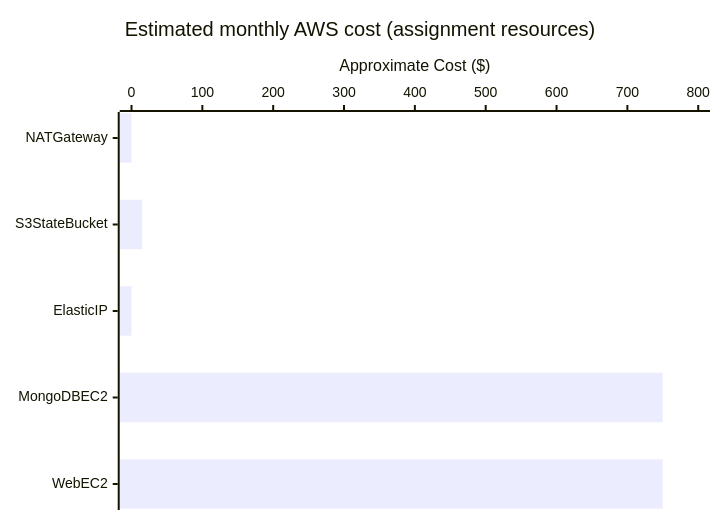
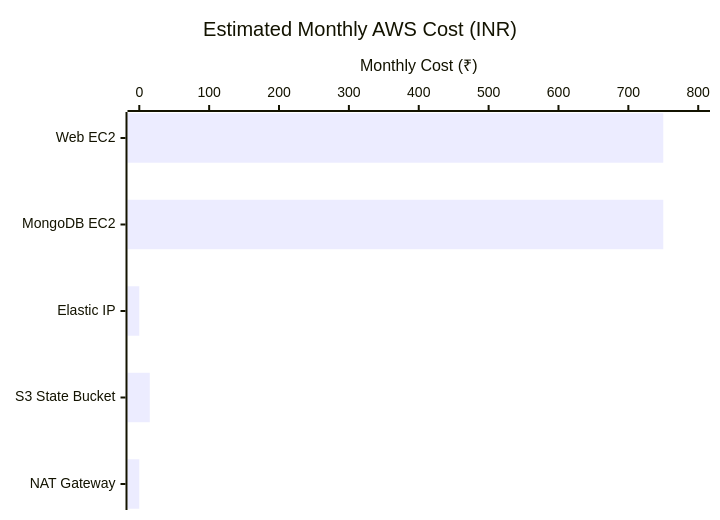
One commit to rchirutkar/mern-terraform-ansible changed the diagram in documents/Checklist.md. Above: the diagram before and after it, drawn with Mermaid. The commit also changed 2 other files, not shown here.

Commit message:
Updated with Architecture Diagram in readme

````diff
--- a/documents/Checklist.md
+++ b/documents/Checklist.md
@@ -221,7 +231,7 @@
 ```mermaid
 xychart-beta horizontal
-    title "Estimated monthly AWS cost (assignment resources)"
-    x-axis [NAT Gateway, S3 State Bucket, Elastic IP, MongoDB EC2, Web EC2]
-    y-axis "Approximate Cost ($)" 0 --> 800
-    bar [0, 15, 0, 750, 750]
+    title "Estimated Monthly AWS Cost (INR)"
+    x-axis ["Web EC2","MongoDB EC2","Elastic IP","S3 State Bucket","NAT Gateway"]
+    y-axis "Monthly Cost (₹)" 0 --> 800
+    bar [750,750,0,15,0]
 ```
````
